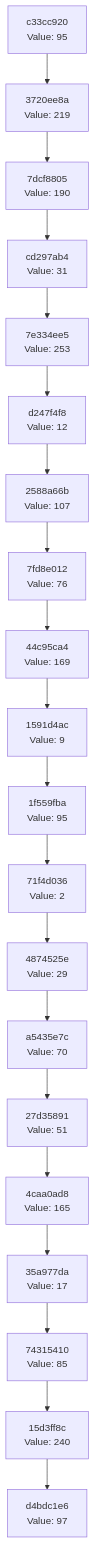
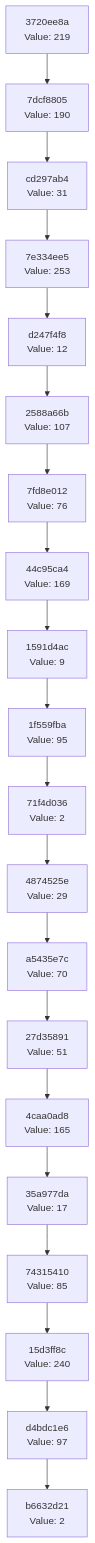
Before and after one commit to Abhisheksinha1506/hash-chain-evolver: the diagram in docs/CHAIN_VISUALIZATION.md, drawn with Mermaid. The commit also changed 1 other file, not shown here.

Commit message:
Evolution Step

````diff
--- a/docs/CHAIN_VISUALIZATION.md
+++ b/docs/CHAIN_VISUALIZATION.md
@@ -3,42 +3,42 @@
 ```mermaid
 graph TD
-    C0["d4bdc1e6<br/>Value: 97"]
-    C1["15d3ff8c<br/>Value: 240"]
+    C0["b6632d21<br/>Value: 2"]
+    C1["d4bdc1e6<br/>Value: 97"]
     C1 --> C0
-    C2["74315410<br/>Value: 85"]
+    C2["15d3ff8c<br/>Value: 240"]
     C2 --> C1
-    C3["35a977da<br/>Value: 17"]
+    C3["74315410<br/>Value: 85"]
     C3 --> C2
-    C4["4caa0ad8<br/>Value: 165"]
+    C4["35a977da<br/>Value: 17"]
     C4 --> C3
-    C5["27d35891<br/>Value: 51"]
+    C5["4caa0ad8<br/>Value: 165"]
     C5 --> C4
-    C6["a5435e7c<br/>Value: 70"]
+    C6["27d35891<br/>Value: 51"]
     C6 --> C5
-    C7["4874525e<br/>Value: 29"]
+    C7["a5435e7c<br/>Value: 70"]
     C7 --> C6
-    C8["71f4d036<br/>Value: 2"]
+    C8["4874525e<br/>Value: 29"]
     C8 --> C7
-    C9["1f559fba<br/>Value: 95"]
+    C9["71f4d036<br/>Value: 2"]
     C9 --> C8
-    C10["1591d4ac<br/>Value: 9"]
+    C10["1f559fba<br/>Value: 95"]
     C10 --> C9
-    C11["44c95ca4<br/>Value: 169"]
+    C11["1591d4ac<br/>Value: 9"]
     C11 --> C10
-    C12["7fd8e012<br/>Value: 76"]
+    C12["44c95ca4<br/>Value: 169"]
     C12 --> C11
-    C13["2588a66b<br/>Value: 107"]
+    C13["7fd8e012<br/>Value: 76"]
     C13 --> C12
-    C14["d247f4f8<br/>Value: 12"]
+    C14["2588a66b<br/>Value: 107"]
     C14 --> C13
-    C15["7e334ee5<br/>Value: 253"]
+    C15["d247f4f8<br/>Value: 12"]
     C15 --> C14
-    C16["cd297ab4<br/>Value: 31"]
+    C16["7e334ee5<br/>Value: 253"]
     C16 --> C15
-    C17["7dcf8805<br/>Value: 190"]
+    C17["cd297ab4<br/>Value: 31"]
     C17 --> C16
-    C18["3720ee8a<br/>Value: 219"]
+    C18["7dcf8805<br/>Value: 190"]
     C18 --> C17
-    C19["c33cc920<br/>Value: 95"]
+    C19["3720ee8a<br/>Value: 219"]
     C19 --> C18
 ```
````
